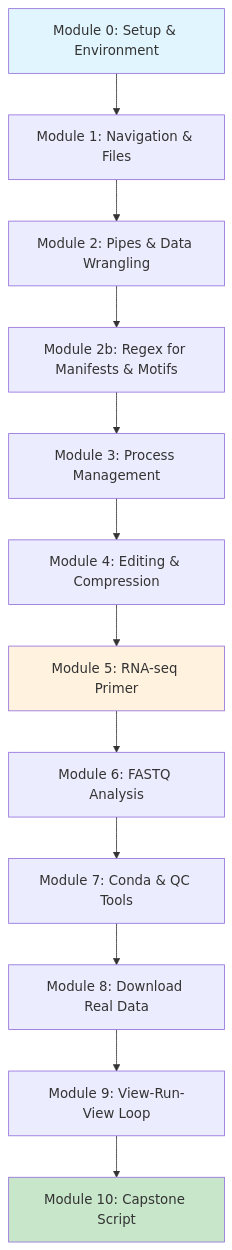
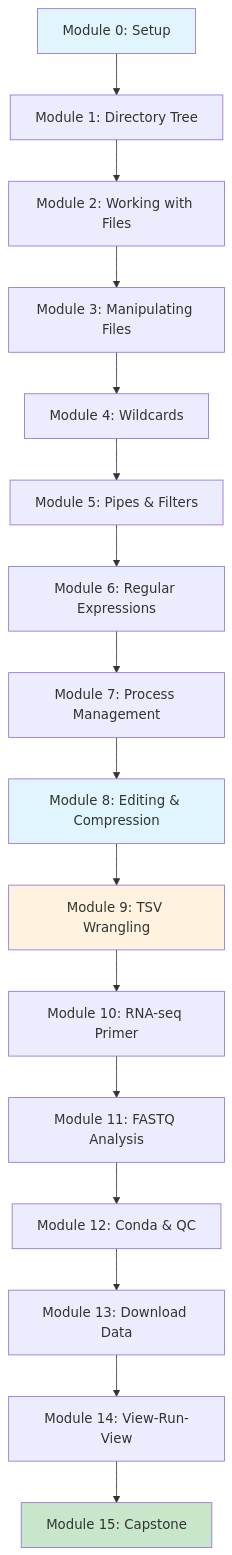
The diagram in docs/index.md (SJRussell/BioinfoCrashCourse), drawn with Mermaid before and after one commit. The commit also changed other lines of this file and 1 other file, not shown here.

First line of the commit message:
Update navigation to reflect new comprehensive module structure

````diff
--- a/docs/index.md
+++ b/docs/index.md
@@ -7,18 +7,23 @@
 ```mermaid
 graph TD
-    A[Module 0: Setup & Environment] --> B[Module 1: Navigation & Files]
-    B --> C[Module 2: Pipes & Data Wrangling]
-    C --> C2[Module 2b: Regex for Manifests & Motifs]
-    C2 --> D[Module 3: Process Management]
-    D --> E[Module 4: Editing & Compression]
-    E --> F[Module 5: RNA-seq Primer]
-    F --> G[Module 6: FASTQ Analysis]
-    G --> H[Module 7: Conda & QC Tools]
-    H --> I[Module 8: Download Real Data]
-    I --> J[Module 9: View-Run-View Loop]
-    J --> K[Module 10: Capstone Script]
-    
+    A[Module 0: Setup] --> B[Module 1: Directory Tree]
+    B --> C[Module 2: Working with Files]
+    C --> D[Module 3: Manipulating Files]
+    D --> E[Module 4: Wildcards]
+    E --> F[Module 5: Pipes & Filters]
+    F --> G[Module 6: Regular Expressions]
+    G --> H[Module 7: Process Management]
+    H --> I[Module 8: Editing & Compression]
+    I --> J[Module 9: TSV Wrangling]
+    J --> K[Module 10: RNA-seq Primer]
+    K --> L[Module 11: FASTQ Analysis]
+    L --> M[Module 12: Conda & QC]
+    M --> N[Module 13: Download Data]
+    N --> O[Module 14: View-Run-View]
+    O --> P[Module 15: Capstone]
+
     style A fill:#e1f5fe
-    style K fill:#c8e6c9
-    style F fill:#fff3e0
+    style I fill:#e1f5fe
+    style J fill:#fff3e0
+    style P fill:#c8e6c9
 ```
````
